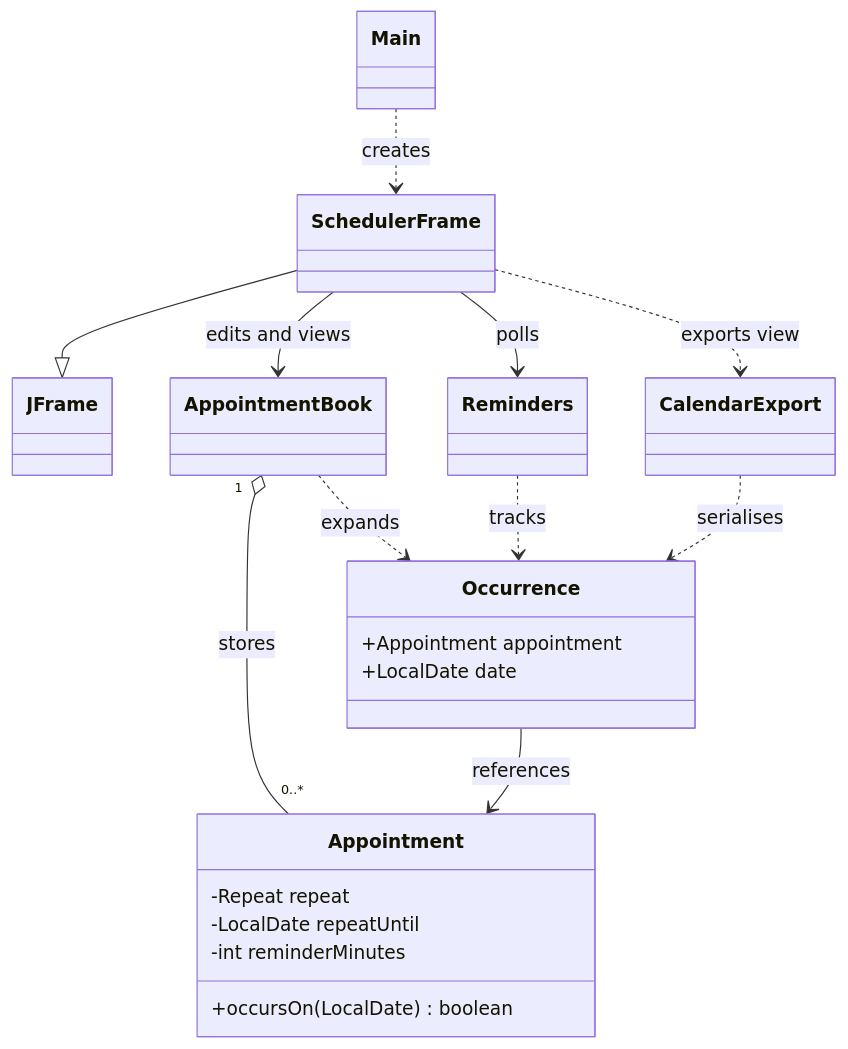
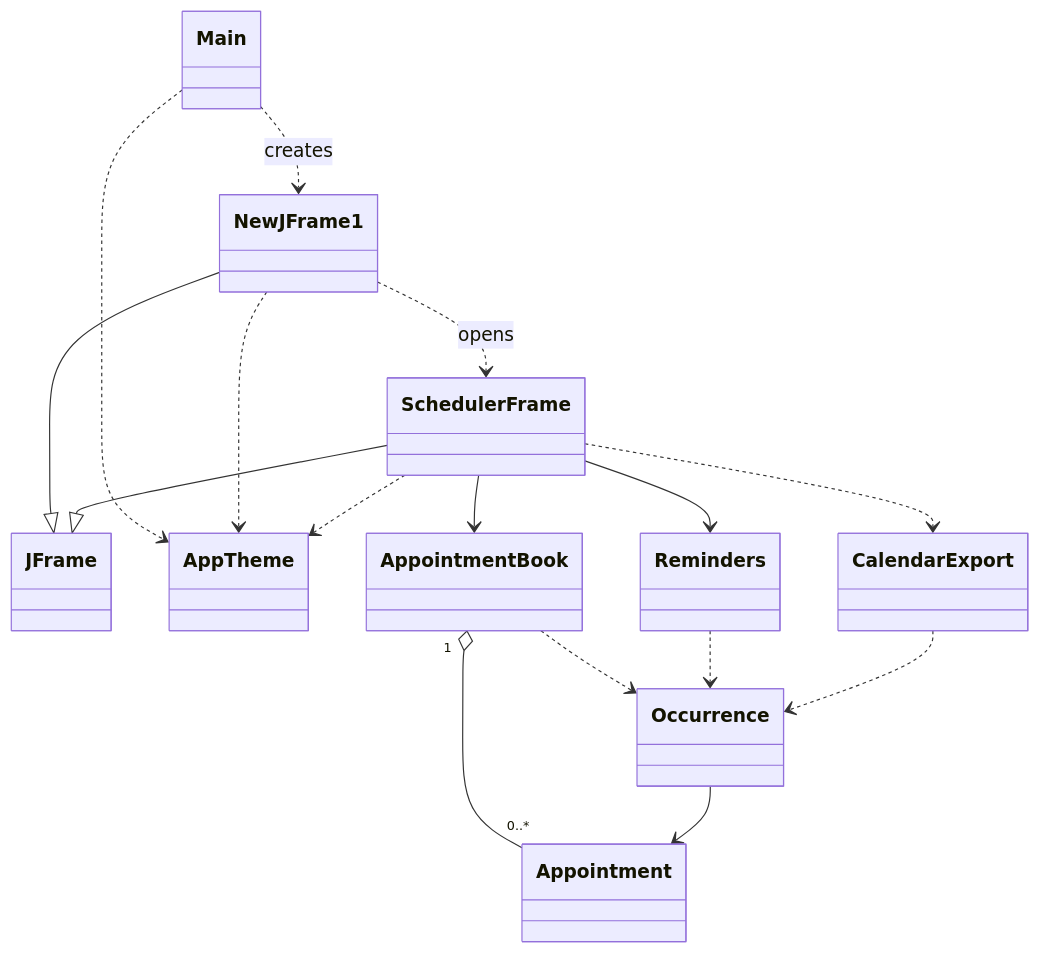
Before and after one commit to ZuluBarbie/AppointmentScheduler: the diagram in docs/day5-class-diagram.mmd, drawn with Mermaid. The commit also changed 18 other files, not shown here.

```diff
--- a/docs/day5-class-diagram.mmd
+++ b/docs/day5-class-diagram.mmd
@@ -1,21 +1,16 @@
 classDiagram
-Main ..> SchedulerFrame : creates
+Main ..> NewJFrame1 : creates
+NewJFrame1 --|> JFrame
+NewJFrame1 ..> SchedulerFrame : opens
 SchedulerFrame --|> JFrame
-SchedulerFrame --> AppointmentBook : edits and views
-SchedulerFrame --> Reminders : polls
-SchedulerFrame ..> CalendarExport : exports view
-CalendarExport ..> Occurrence : serialises
-AppointmentBook "1" o-- "0..*" Appointment : stores
-AppointmentBook ..> Occurrence : expands
-Reminders ..> Occurrence : tracks
-Occurrence --> Appointment : references
-class Appointment {
-  -Repeat repeat
-  -LocalDate repeatUntil
-  -int reminderMinutes
-  +occursOn(LocalDate) boolean
-}
-class Occurrence {
-  +Appointment appointment
-  +LocalDate date
-}
+Main ..> AppTheme
+NewJFrame1 ..> AppTheme
+SchedulerFrame ..> AppTheme
+SchedulerFrame --> AppointmentBook
+SchedulerFrame --> Reminders
+SchedulerFrame ..> CalendarExport
+AppointmentBook "1" o-- "0..*" Appointment
+AppointmentBook ..> Occurrence
+Reminders ..> Occurrence
+CalendarExport ..> Occurrence
+Occurrence --> Appointment
```
